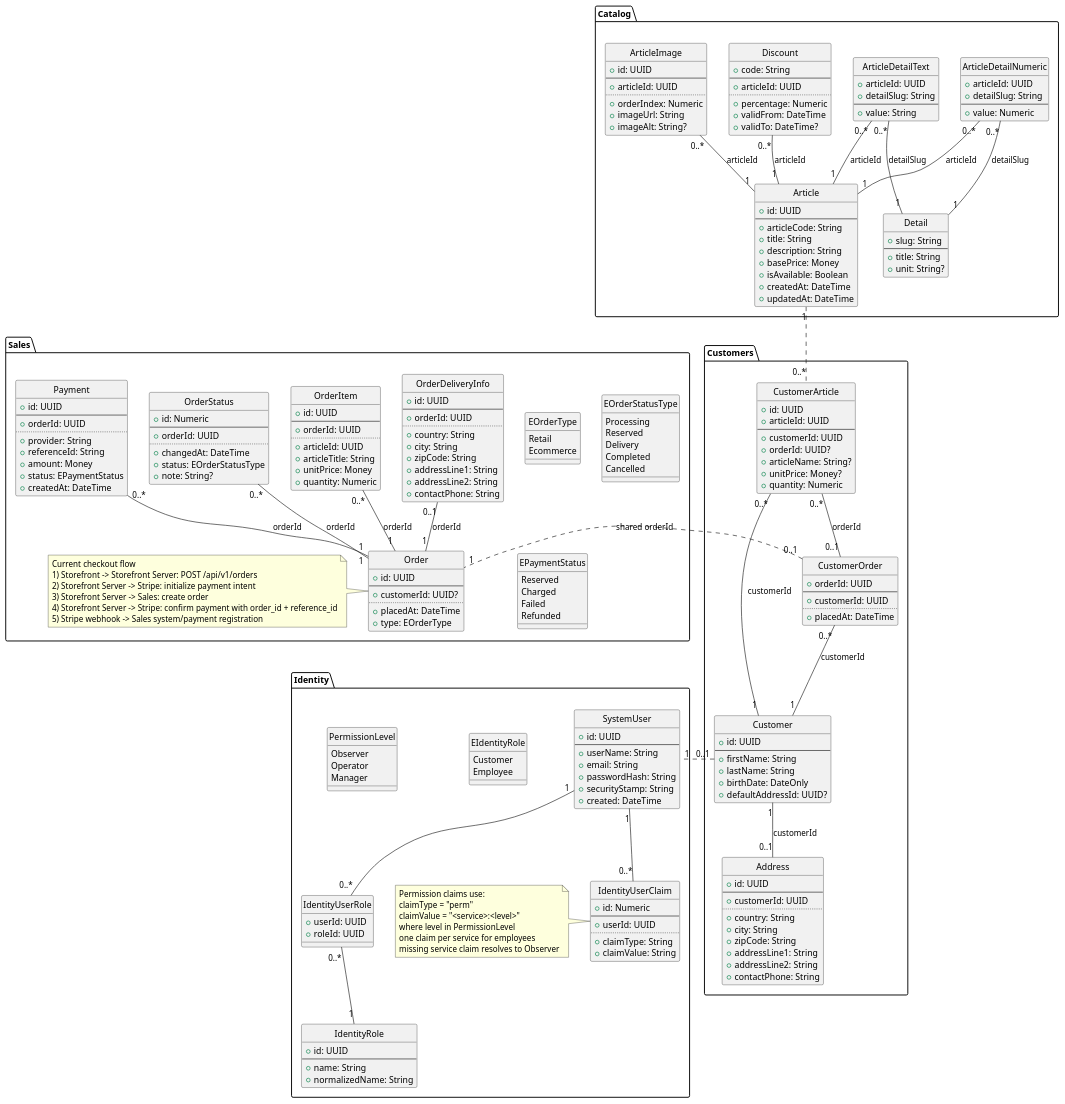
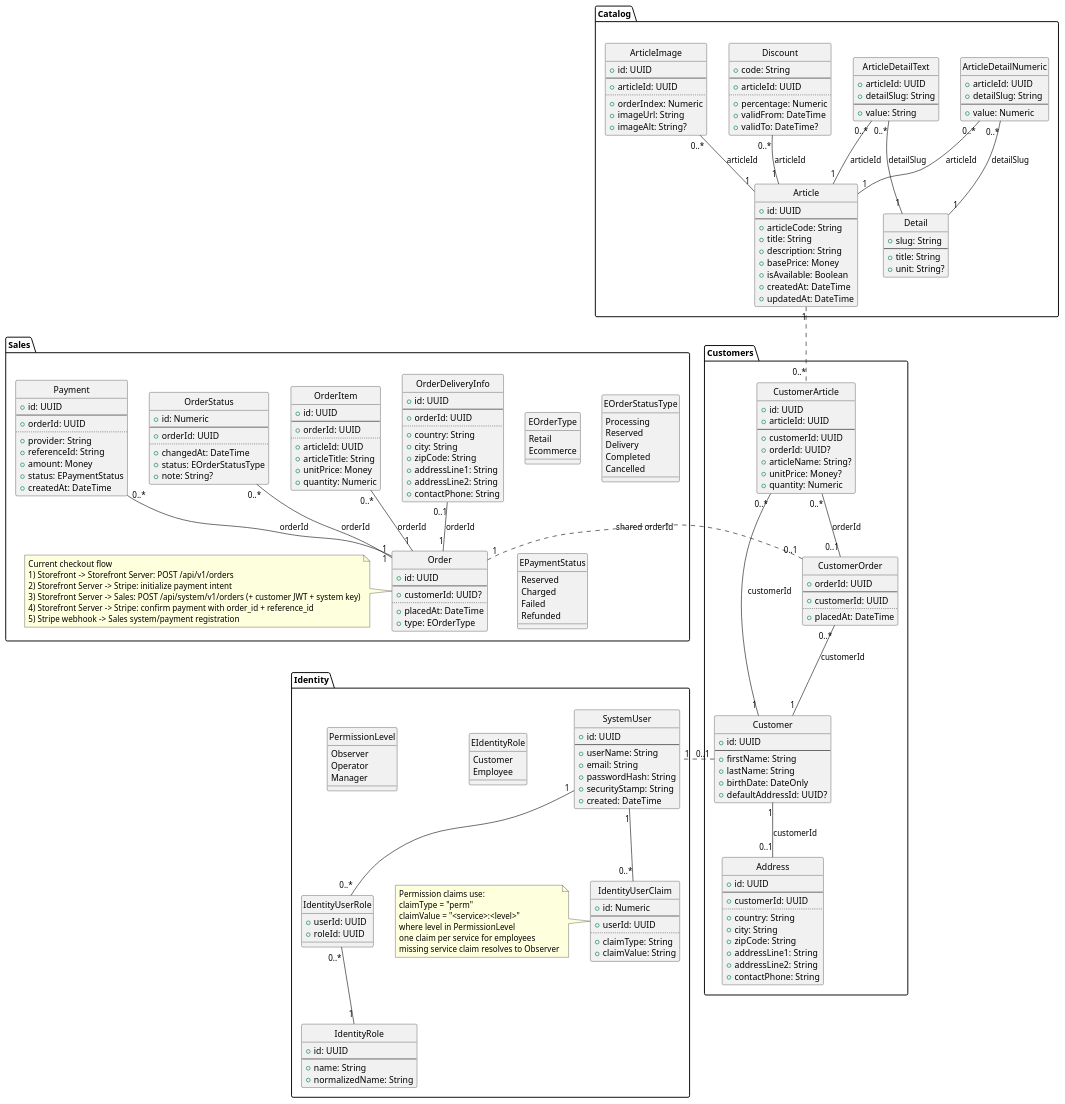
The diagram in docs/HLD Platform - Class Diagram.puml (draganovik/matterway), drawn with PlantUML before and after one commit. The commit also changed 10 other files, not shown here.

First line of the commit message:
Move order creation to system endpoint

```diff
--- a/docs/HLD Platform - Class Diagram.puml
+++ b/docs/HLD Platform - Class Diagram.puml
@@ -207,7 +207,7 @@
     Current checkout flow
     1) Storefront -> Storefront Server: POST /api/v1/orders
     2) Storefront Server -> Stripe: initialize payment intent
-    3) Storefront Server -> Sales: create order
+    3) Storefront Server -> Sales: POST /api/system/v1/orders (+ customer JWT + system key)
     4) Storefront Server -> Stripe: confirm payment with order_id + reference_id
     5) Stripe webhook -> Sales system/payment registration
   end note
```
